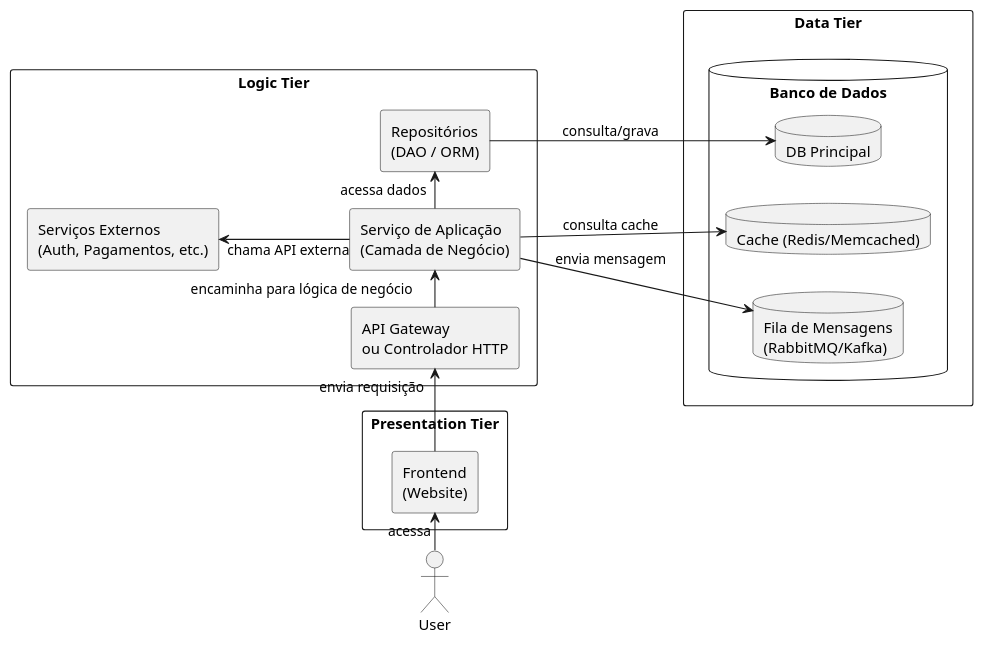
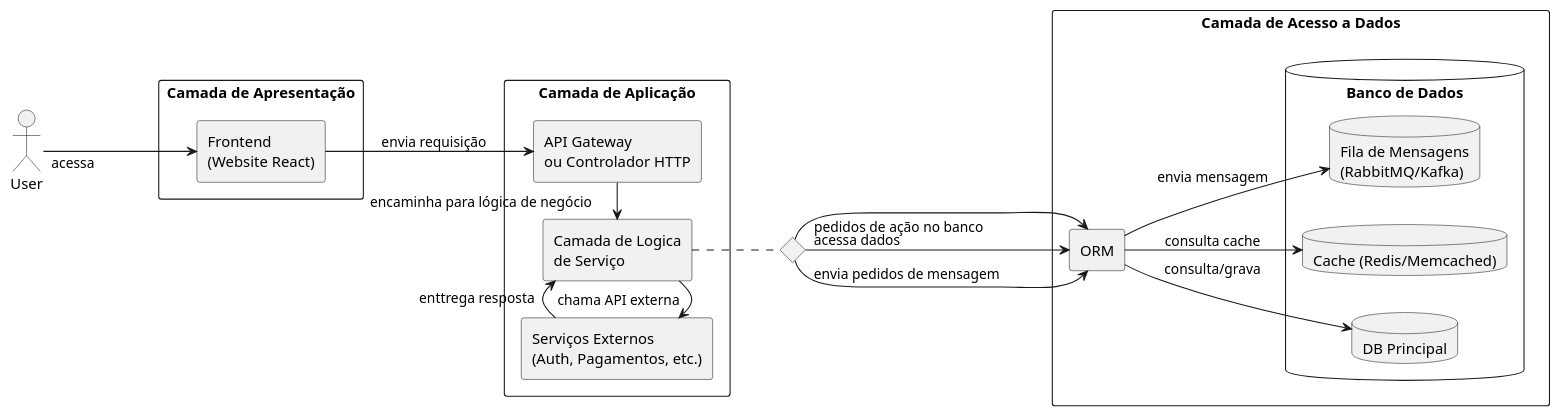
One commit to thiago-o-dev/InfinityMarket changed the first of 2 diagrams in Arquitecture.puml. Above: the diagram before and after it, drawn with PlantUML. The commit also changed other lines of this file, not shown here.

Commit message:
Atualização nos diagramas

```diff
--- a/Arquitecture.puml
+++ b/Arquitecture.puml
@@ -1,37 +1,45 @@
 @startuml ArquiteturaDeNNiveis
 allow_mixing
 left to right direction
 
 actor User
 
-package "Presentation Tier" <<Rectangle>> {
-    rectangle "Frontend\n(Website)" as Website
+package "Camada de Apresentação" <<Rectangle>> {
+    rectangle "Frontend\n(Website React)" as Website
 }
-package "Logic Tier" <<Rectangle>> {
+package "Camada de Aplicação" <<Rectangle>> {
     rectangle "API Gateway\nou Controlador HTTP" as APIGateway
-    rectangle "Serviço de Aplicação\n(Camada de Negócio)" as AppService
-    rectangle "Repositórios\n(DAO / ORM)" as Repository
+    rectangle "Camada de Logica\nde Serviço" as AppService
     rectangle "Serviços Externos\n(Auth, Pagamentos, etc.)" as ExternalServices
 }
-package "Data Tier" <<Rectangle>> {
+    <> separator
+package "Camada de Acesso a Dados" <<Rectangle>> {
+    rectangle "ORM" as Repository
     package "Banco de Dados" <<Database>> {
         database "DB Principal" as DB
         database "Cache (Redis/Memcached)" as Cache
         database "Fila de Mensagens\n(RabbitMQ/Kafka)" as Queue
     }
 }
 
 
 ' Fluxo principal da aplicação
-User -right--> "acessa" Website
-Website -right--> "envia requisição" APIGateway
-APIGateway -right-> "encaminha para lógica de negócio" AppService
-AppService -right-> "acessa dados" Repository
-AppService -up--> "chama API externa" ExternalServices
+User "acessa" ---> Website
+Website -->  APIGateway : "envia requisição"
+APIGateway -left-> "encaminha para lógica de negócio" AppService
+AppService -left--> "chama API externa" ExternalServices
+ExternalServices --> "enttrega resposta" AppService
+
+
+AppService .. separator
+
+separator "envia pedidos de mensagem" -----> Repository
+separator "acessa dados" -----> Repository
+separator "pedidos de ação no banco" -----> Repository
 
 Repository -right-> DB : consulta/grava
 ' Fluxos auxiliares
-AppService -down-> Cache : consulta cache
-AppService -down-> Queue : envia mensagem
+Repository -down-> Cache : consulta cache
+Repository -down-> Queue : envia mensagem
 
 @enduml
```
